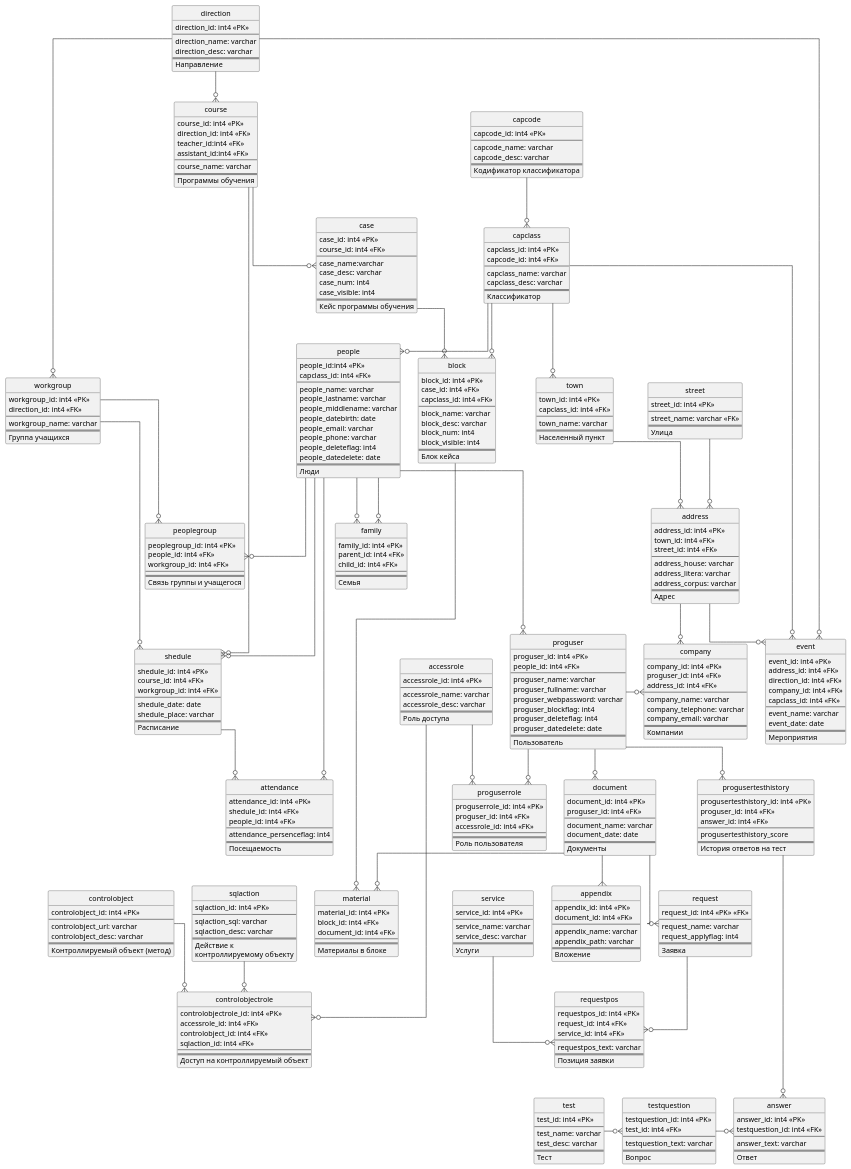
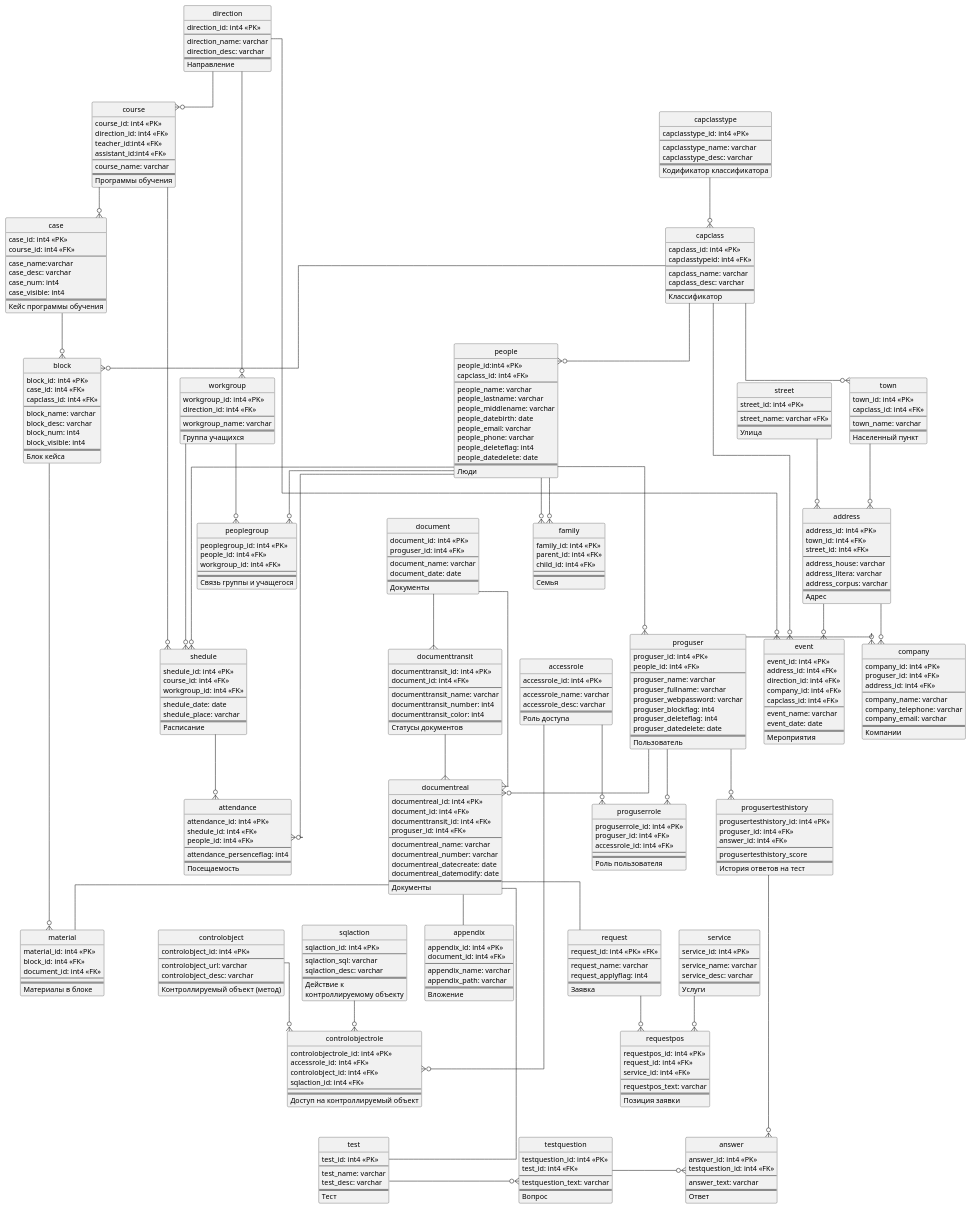
The diagram in docs/er-diagram.puml (Skeletoshka/spring-core-backend), drawn with PlantUML before and after one commit.

Commit message:
обновление er-диаграммы

```diff
--- a/docs/er-diagram.puml
+++ b/docs/er-diagram.puml
@@ -232,18 +232,18 @@
 }
 entity capclass{
     capclass_id: int4 <<PK>>
-    capcode_id: int4 <<FK>>
+    capclasstypeid: int4 <<FK>>
     --
     capclass_name: varchar
     capclass_desc: varchar
     ==
     Классификатор
 }
-entity capcode{
-    capcode_id: int4 <<PK>>
+entity capclasstype{
+    capclasstype_id: int4 <<PK>>
     --
-    capcode_name: varchar
-    capcode_desc: varchar
+    capclasstype_name: varchar
+    capclasstype_desc: varchar
     ==
     Кодификатор классификатора
 }
@@ -316,6 +316,29 @@
     ==
     Ответ
 }
+entity documentreal{
+    documentreal_id: int4 <<PK>>
+    document_id: int4 <<FK>>
+    documenttransit_id: int4 <<FK>>
+    proguser_id: int4 <<FK>>
+    --
+    documentreal_name: varchar
+    documentreal_number: varchar
+    documentreal_datecreate: date
+    documentreal_datemodify: date
+    ==
+    Документы
+}
+entity documenttransit{
+    documenttransit_id: int4 <<PK>>
+    document_id: int4 <<FK>>
+    --
+    documenttransit_name: varchar
+    documenttransit_number: int4
+    documenttransit_color: int4
+    ==
+    Статусы документов
+}
 people--o{family
 people--o{family
 direction----o{workgroup
@@ -324,8 +347,8 @@
 direction--o{course
 course--o{case
 case--o{block
-document--{appendix
-proguser--o{document
+documentreal-- appendix
+proguser--o{documentreal
 people---o{proguser
 proguser--o{proguserrole
 accessrole--o{proguserrole
@@ -338,23 +361,27 @@
 shedule--o{attendance
 people--o{attendance
 block--o{material
-document--o{material
+documentreal--material
 street--o{address
 town--o{address
 address--o{event
 direction--o{event
-capcode--o{capclass
+capclasstype--o{capclass
 capclass-o{event
 capclass--o{people
 capclass-o{block
 capclass--o{town
 proguser-o{company
 address--o{company
-document--o{request
+documentreal-- request
+document--{documentreal
+document--{documenttransit
+documenttransit--{documentreal
 request--o{requestpos
 service--o{requestpos
 test-o{testquestion
 testquestion-o{answer
 proguser--o{progusertesthistory
 progusertesthistory----o{answer
+documentreal---test
 @enduml
```
